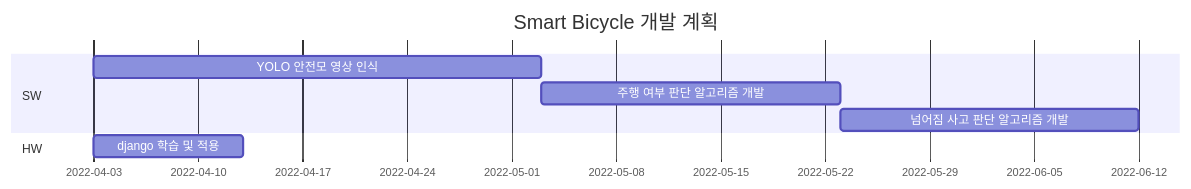
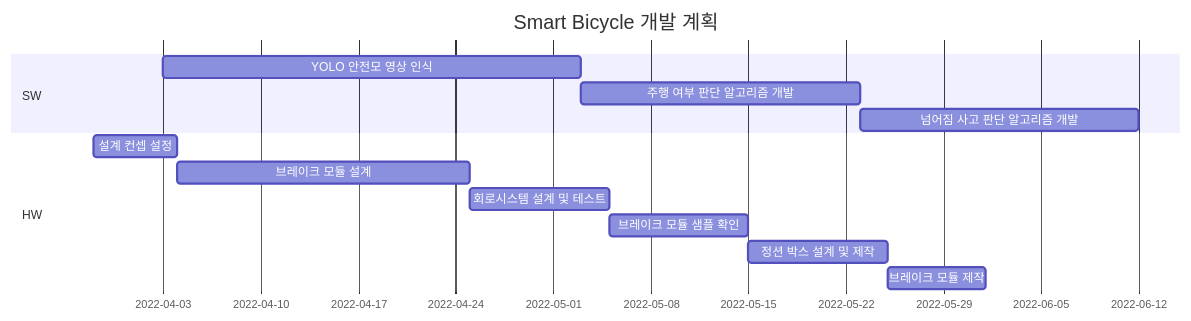
The diagram in README.md (bonawoo/capstone_1), drawn with Mermaid before and after one commit.

````diff
--- a/README.md
+++ b/README.md
@@ -8,13 +8,18 @@
 ```mermaid
 gantt
     title Smart Bicycle 개발 계획
     dateFormat  YYYY-MM-DD
 
     section SW
     YOLO 안전모 영상 인식     :a1,2022-04-03  , 30d
     주행 여부 판단 알고리즘 개발 : a2, after a1,  20d
     넘어짐 사고 판단 알고리즘 개발 :after a2 , 20d
 
     section HW
-    django 학습 및 적용 : b1,2022-04-03 , 10d
+    설계 컨셉 설정: 2022-03-29, 6d
+    브레이크 모듈 설계: 2022-04-04, 21d
+    회로시스템 설계 및 테스트: 2022-04-25, 10d
+    브레이크 모듈 샘플 확인: 2022-05-05, 10d
+    정션 박스 설계 및 제작: 2022-05-15, 10d
+    브레이크 모듈 제작: 2022-05-25, 7d
 ```
````
